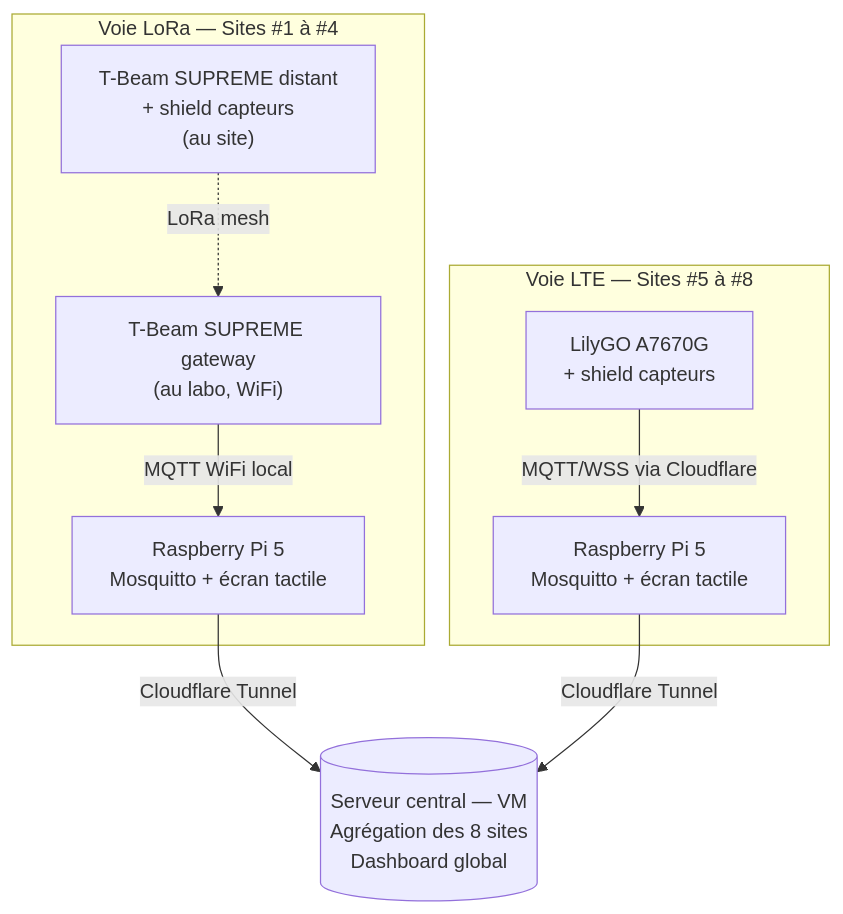
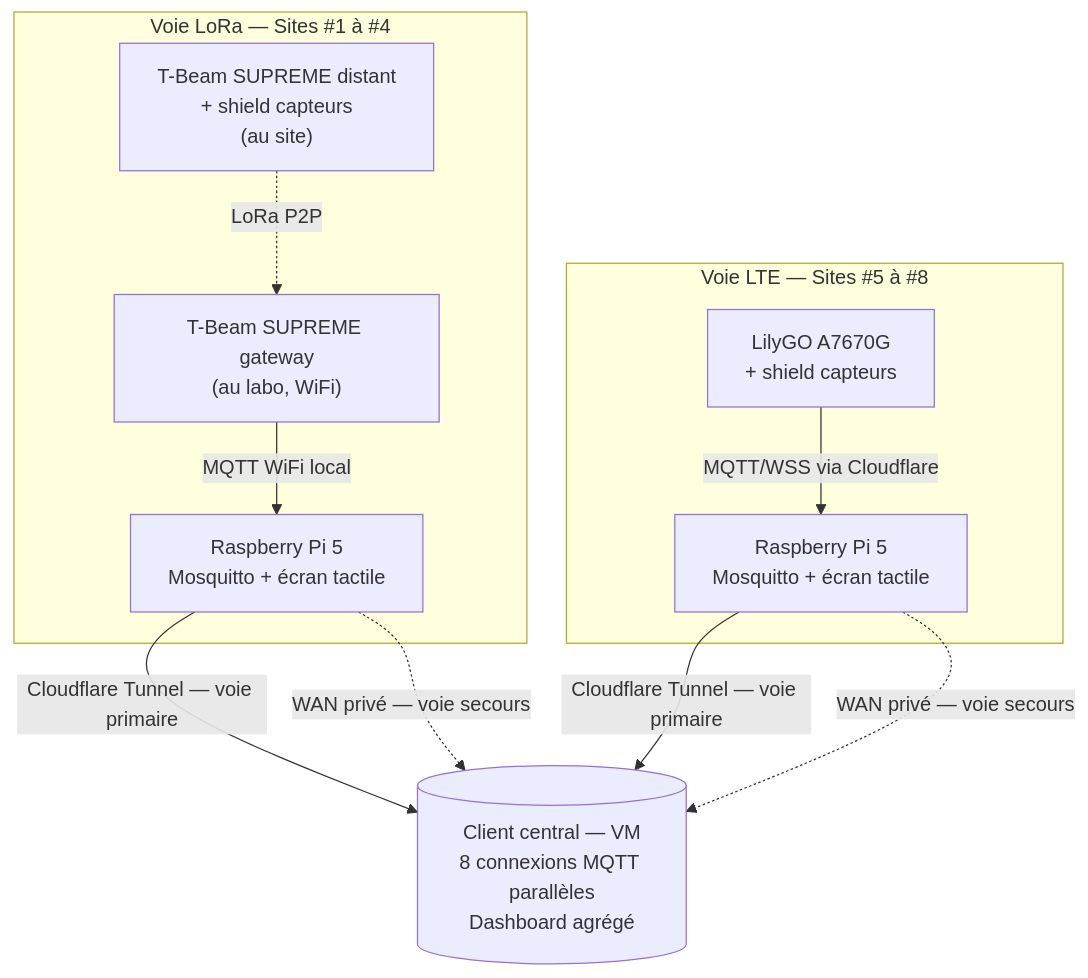
Before and after one commit to fpoisson2/243-4J5-LI: the diagram in evaluations/Evaluation-04/architecture-finale-projet.md, drawn with Mermaid. The commit also changed other lines of this file and 4 other files, not shown here.

````diff
--- a/evaluations/Evaluation-04/architecture-finale-projet.md
+++ b/evaluations/Evaluation-04/architecture-finale-projet.md
@@ -27,18 +29,20 @@
 ```mermaid
 graph TB
     subgraph Sites_LoRa["Voie LoRa — Sites #1 à #4"]
         TBd1["T-Beam SUPREME distant<br/>+ shield capteurs<br/>(au site)"]
         TBg1["T-Beam SUPREME gateway<br/>(au labo, WiFi)"]
         Pi1["Raspberry Pi 5<br/>Mosquitto + écran tactile"]
-        TBd1 -.LoRa mesh.-> TBg1 -->|MQTT WiFi local| Pi1
+        TBd1 -.LoRa P2P.-> TBg1 -->|MQTT WiFi local| Pi1
     end
 
     subgraph Sites_LTE["Voie LTE — Sites #5 à #8"]
         A1["LilyGO A7670G<br/>+ shield capteurs"]
         Pi2["Raspberry Pi 5<br/>Mosquitto + écran tactile"]
         A1 -->|MQTT/WSS via Cloudflare| Pi2
     end
 
-    Pi1 -->|Cloudflare Tunnel| VM[("Serveur central — VM<br/>Agrégation des 8 sites<br/>Dashboard global")]
-    Pi2 -->|Cloudflare Tunnel| VM
+    Pi1 -->|Cloudflare Tunnel — voie primaire| Client[("Client central — VM<br/>8 connexions MQTT parallèles<br/>Dashboard agrégé")]
+    Pi1 -.WAN privé — voie secours.-> Client
+    Pi2 -->|Cloudflare Tunnel — voie primaire| Client
+    Pi2 -.WAN privé — voie secours.-> Client
 ```
````
